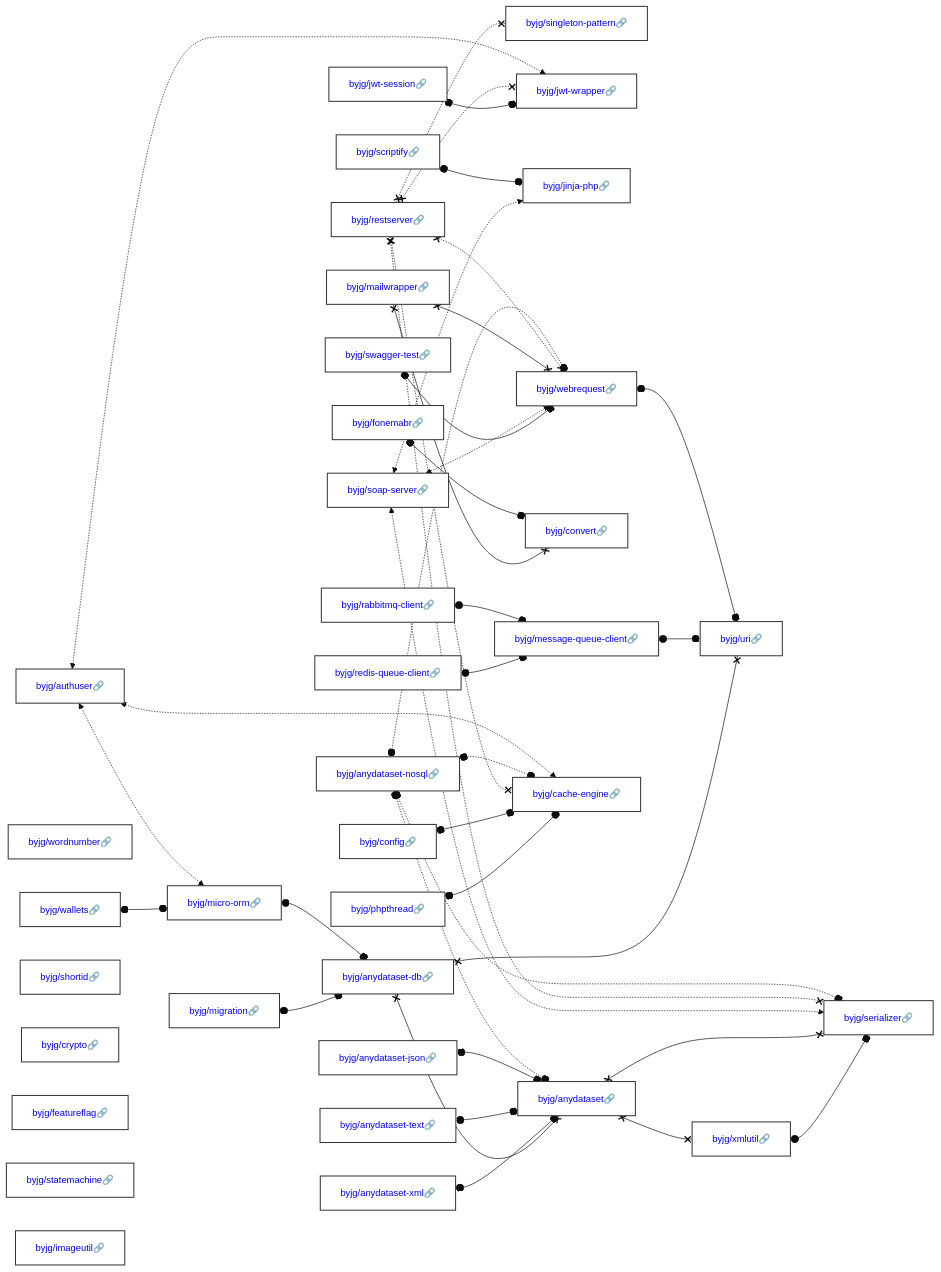
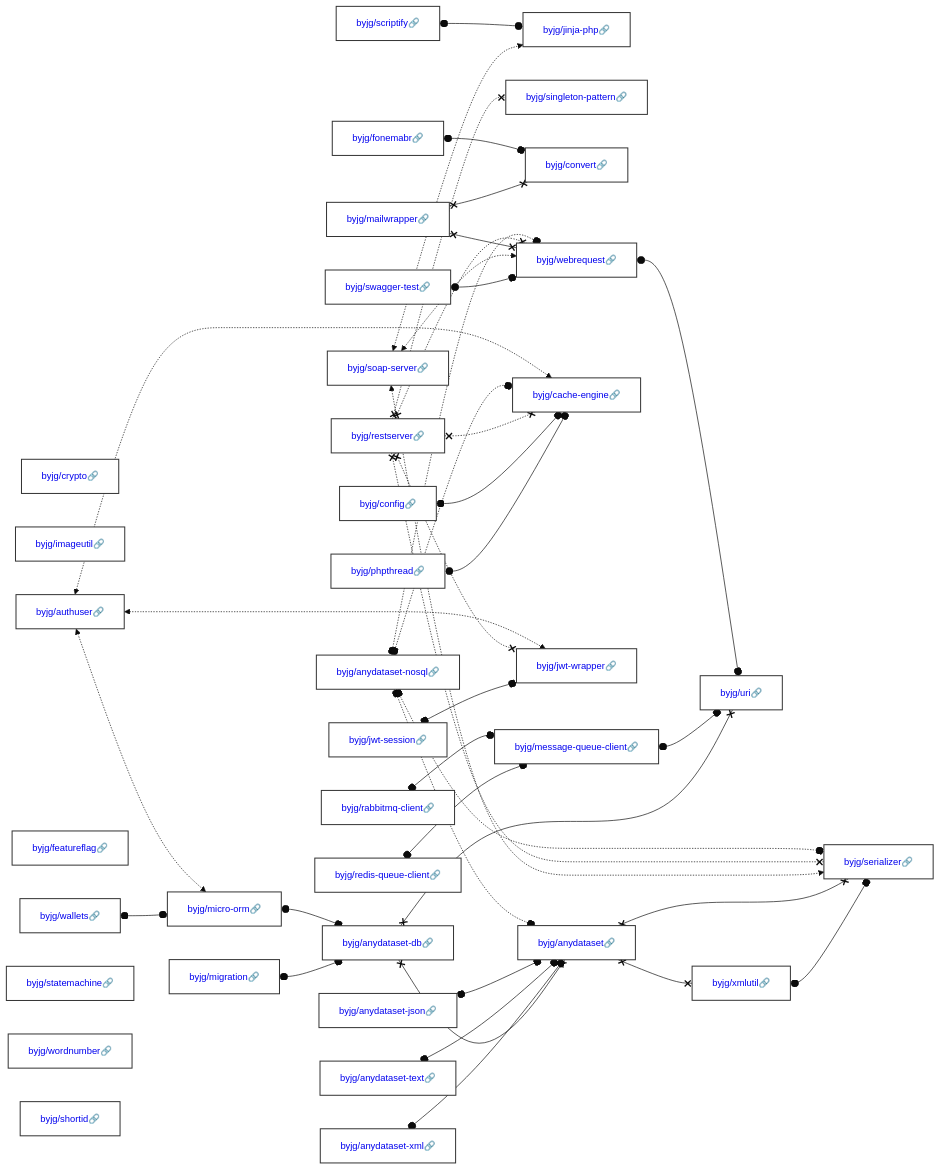
The diagram in docs/php/README.md (byjg/byjg.github.io), drawn with Mermaid (base theme) before and after one commit. The commit also changed other lines of this file, not shown here.

Commit message:
Update documentation 'php' 'php-mailwrapper'

````diff
--- a/docs/php/README.md
+++ b/docs/php/README.md
@@ -3,37 +3,37 @@
 ```mermaid
 graph LR;
+  byjg/crypto[<a href='https://opensource.byjg.com/docs/php/crypto' style='text-decoration:none'>byjg/crypto🔗</a>];
+  byjg/imageutil[<a href='https://opensource.byjg.com/docs/php/imageutil' style='text-decoration:none'>byjg/imageutil🔗</a>];
+  byjg/scriptify[<a href='https://opensource.byjg.com/docs/php/scriptify' style='text-decoration:none'>byjg/scriptify🔗</a>];
+  byjg/config[<a href='https://opensource.byjg.com/docs/php/config' style='text-decoration:none'>byjg/config🔗</a>];
+  byjg/soap-server[<a href='https://opensource.byjg.com/docs/php/soap-server' style='text-decoration:none'>byjg/soap-server🔗</a>];
+  byjg/wallets[<a href='https://opensource.byjg.com/docs/php/wallets' style='text-decoration:none'>byjg/wallets🔗</a>];
+  byjg/anydataset-json[<a href='https://opensource.byjg.com/docs/php/anydataset-json' style='text-decoration:none'>byjg/anydataset-json🔗</a>];
+  byjg/anydataset-xml[<a href='https://opensource.byjg.com/docs/php/anydataset-xml' style='text-decoration:none'>byjg/anydataset-xml🔗</a>];
+  byjg/rabbitmq-client[<a href='https://opensource.byjg.com/docs/php/rabbitmq-client' style='text-decoration:none'>byjg/rabbitmq-client🔗</a>];
+  byjg/restserver[<a href='https://opensource.byjg.com/docs/php/restserver' style='text-decoration:none'>byjg/restserver🔗</a>];
+  byjg/featureflag[<a href='https://opensource.byjg.com/docs/php/featureflag' style='text-decoration:none'>byjg/featureflag🔗</a>];
+  byjg/phpthread[<a href='https://opensource.byjg.com/docs/php/phpthread' style='text-decoration:none'>byjg/phpthread🔗</a>];
+  byjg/migration[<a href='https://opensource.byjg.com/docs/php/migration' style='text-decoration:none'>byjg/migration🔗</a>];
   byjg/fonemabr[<a href='https://opensource.byjg.com/docs/php/fonemabr' style='text-decoration:none'>byjg/fonemabr🔗</a>];
   byjg/anydataset-nosql[<a href='https://opensource.byjg.com/docs/php/anydataset-nosql' style='text-decoration:none'>byjg/anydataset-nosql🔗</a>];
+  byjg/swagger-test[<a href='https://opensource.byjg.com/docs/php/swagger-test' style='text-decoration:none'>byjg/swagger-test🔗</a>];
+  byjg/anydataset-text[<a href='https://opensource.byjg.com/docs/php/anydataset-text' style='text-decoration:none'>byjg/anydataset-text🔗</a>];
+  byjg/jwt-session[<a href='https://opensource.byjg.com/docs/php/jwt-session' style='text-decoration:none'>byjg/jwt-session🔗</a>];
+  byjg/mailwrapper[<a href='https://opensource.byjg.com/docs/php/mailwrapper' style='text-decoration:none'>byjg/mailwrapper🔗</a>];
   byjg/authuser[<a href='https://opensource.byjg.com/docs/php/authuser' style='text-decoration:none'>byjg/authuser🔗</a>];
-  byjg/swagger-test[<a href='https://opensource.byjg.com/docs/php/swagger-test' style='text-decoration:none'>byjg/swagger-test🔗</a>];
-  byjg/restserver[<a href='https://opensource.byjg.com/docs/php/restserver' style='text-decoration:none'>byjg/restserver🔗</a>];
-  byjg/rabbitmq-client[<a href='https://opensource.byjg.com/docs/php/rabbitmq-client' style='text-decoration:none'>byjg/rabbitmq-client🔗</a>];
-  byjg/jwt-session[<a href='https://opensource.byjg.com/docs/php/jwt-session' style='text-decoration:none'>byjg/jwt-session🔗</a>];
-  byjg/scriptify[<a href='https://opensource.byjg.com/docs/php/scriptify' style='text-decoration:none'>byjg/scriptify🔗</a>];
+  byjg/statemachine[<a href='https://opensource.byjg.com/docs/php/statemachine' style='text-decoration:none'>byjg/statemachine🔗</a>];
   byjg/wordnumber[<a href='https://opensource.byjg.com/docs/php/wordnumber' style='text-decoration:none'>byjg/wordnumber🔗</a>];
-  byjg/soap-server[<a href='https://opensource.byjg.com/docs/php/soap-server' style='text-decoration:none'>byjg/soap-server🔗</a>];
-  byjg/wallets[<a href='https://opensource.byjg.com/docs/php/wallets' style='text-decoration:none'>byjg/wallets🔗</a>];
   byjg/redis-queue-client[<a href='https://opensource.byjg.com/docs/php/redis-queue-client' style='text-decoration:none'>byjg/redis-queue-client🔗</a>];
-  byjg/mailwrapper[<a href='https://opensource.byjg.com/docs/php/mailwrapper' style='text-decoration:none'>byjg/mailwrapper🔗</a>];
   byjg/shortid[<a href='https://opensource.byjg.com/docs/php/shortid' style='text-decoration:none'>byjg/shortid🔗</a>];
-  byjg/anydataset-text[<a href='https://opensource.byjg.com/docs/php/anydataset-text' style='text-decoration:none'>byjg/anydataset-text🔗</a>];
-  byjg/config[<a href='https://opensource.byjg.com/docs/php/config' style='text-decoration:none'>byjg/config🔗</a>];
-  byjg/migration[<a href='https://opensource.byjg.com/docs/php/migration' style='text-decoration:none'>byjg/migration🔗</a>];
-  byjg/anydataset-xml[<a href='https://opensource.byjg.com/docs/php/anydataset-xml' style='text-decoration:none'>byjg/anydataset-xml🔗</a>];
-  byjg/anydataset-json[<a href='https://opensource.byjg.com/docs/php/anydataset-json' style='text-decoration:none'>byjg/anydataset-json🔗</a>];
-  byjg/crypto[<a href='https://opensource.byjg.com/docs/php/crypto' style='text-decoration:none'>byjg/crypto🔗</a>];
-  byjg/featureflag[<a href='https://opensource.byjg.com/docs/php/featureflag' style='text-decoration:none'>byjg/featureflag🔗</a>];
-  byjg/statemachine[<a href='https://opensource.byjg.com/docs/php/statemachine' style='text-decoration:none'>byjg/statemachine🔗</a>];
-  byjg/imageutil[<a href='https://opensource.byjg.com/docs/php/imageutil' style='text-decoration:none'>byjg/imageutil🔗</a>];
-  byjg/phpthread[<a href='https://opensource.byjg.com/docs/php/phpthread' style='text-decoration:none'>byjg/phpthread🔗</a>];
+  byjg/jinja-php[<a href='https://opensource.byjg.com/docs/php/jinja-php' style='text-decoration:none'>byjg/jinja-php🔗</a>];
   byjg/singleton-pattern[<a href='https://opensource.byjg.com/docs/php/singleton-pattern' style='text-decoration:none'>byjg/singleton-pattern🔗</a>];
-  byjg/jwt-wrapper[<a href='https://opensource.byjg.com/docs/php/jwt-wrapper' style='text-decoration:none'>byjg/jwt-wrapper🔗</a>];
-  byjg/jinja-php[<a href='https://opensource.byjg.com/docs/php/jinja-php' style='text-decoration:none'>byjg/jinja-php🔗</a>];
-  byjg/micro-orm[<a href='https://opensource.byjg.com/docs/php/micro-orm' style='text-decoration:none'>byjg/micro-orm🔗</a>];
-  byjg/message-queue-client[<a href='https://opensource.byjg.com/docs/php/message-queue-client' style='text-decoration:none'>byjg/message-queue-client🔗</a>];
   byjg/convert[<a href='https://opensource.byjg.com/docs/php/convert' style='text-decoration:none'>byjg/convert🔗</a>];
   byjg/webrequest[<a href='https://opensource.byjg.com/docs/php/webrequest' style='text-decoration:none'>byjg/webrequest🔗</a>];
+  byjg/micro-orm[<a href='https://opensource.byjg.com/docs/php/micro-orm' style='text-decoration:none'>byjg/micro-orm🔗</a>];
   byjg/cache-engine[<a href='https://opensource.byjg.com/docs/php/cache-engine' style='text-decoration:none'>byjg/cache-engine🔗</a>];
+  byjg/jwt-wrapper[<a href='https://opensource.byjg.com/docs/php/jwt-wrapper' style='text-decoration:none'>byjg/jwt-wrapper🔗</a>];
+  byjg/message-queue-client[<a href='https://opensource.byjg.com/docs/php/message-queue-client' style='text-decoration:none'>byjg/message-queue-client🔗</a>];
   byjg/anydataset-db[<a href='https://opensource.byjg.com/docs/php/anydataset-db' style='text-decoration:none'>byjg/anydataset-db🔗</a>];
   byjg/anydataset[<a href='https://opensource.byjg.com/docs/php/anydataset' style='text-decoration:none'>byjg/anydataset🔗</a>];
   byjg/uri[<a href='https://opensource.byjg.com/docs/php/uri' style='text-decoration:none'>byjg/uri🔗</a>];
````
